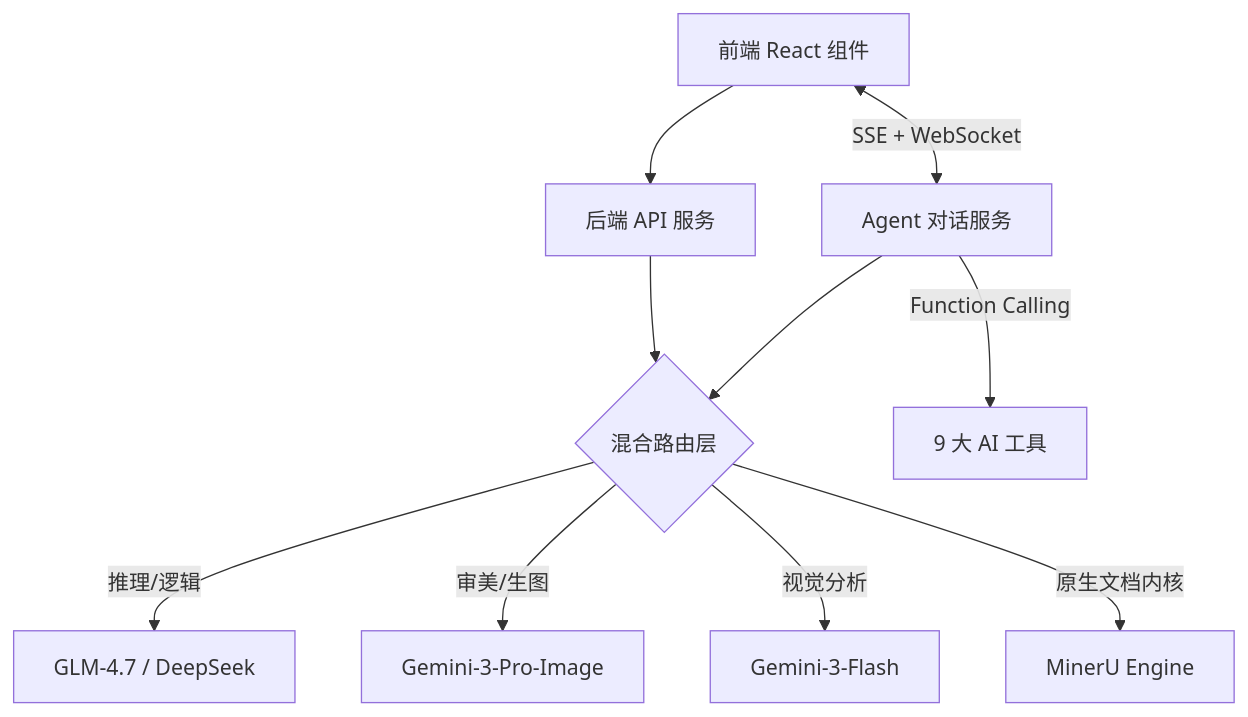
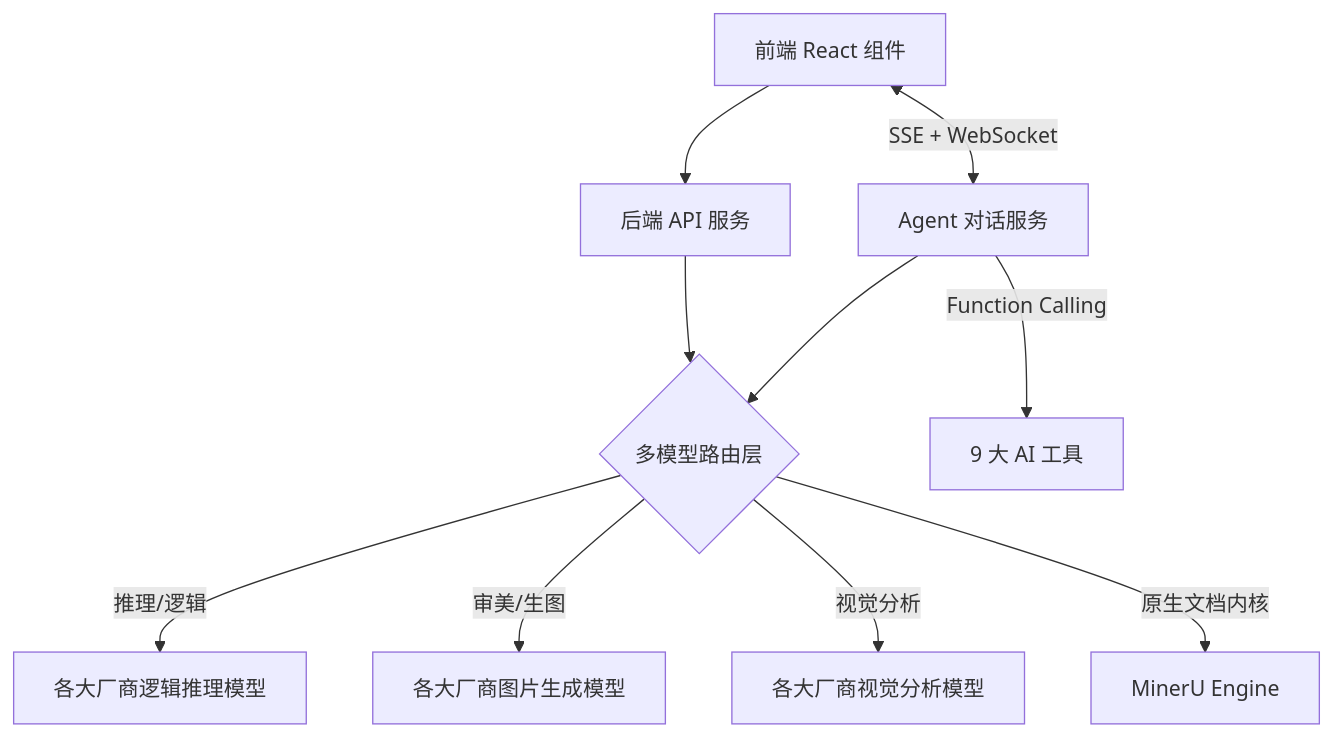
One commit to 466852675/BananaSlides-GenAI changed the diagram in README.md. Above: the diagram before and after it, drawn with Mermaid. The commit also changed other lines of this file and 22 other files, not shown here.

````diff
--- a/README.md
+++ b/README.md
@@ -310,12 +401,12 @@
 ```mermaid
 graph TD
     UI[前端 React 组件] --> Service[后端 API 服务]
-    Service --> Router{混合路由层}
-    Router -- 推理/逻辑 --> GLM[GLM-4.7 / DeepSeek]
-    Router -- 审美/生图 --> Gemini[Gemini-3-Pro-Image]
-    Router -- 视觉分析 --> Flash[Gemini-3-Flash]
+    Service --> Router{多模型路由层}
+    Router -- 推理/逻辑 --> Logic[各大厂商逻辑推理模型]
+    Router -- 审美/生图 --> Image[各大厂商图片生成模型]
+    Router -- 视觉分析 --> Vision[各大厂商视觉分析模型]
     Router -- 原生文档内核 --> MinerU[MinerU Engine]
     UI <-->|SSE + WebSocket| AgentSvc[Agent 对话服务]
     AgentSvc --> Router
     AgentSvc -->|Function Calling| Tools[9 大 AI 工具]
 ```
````
